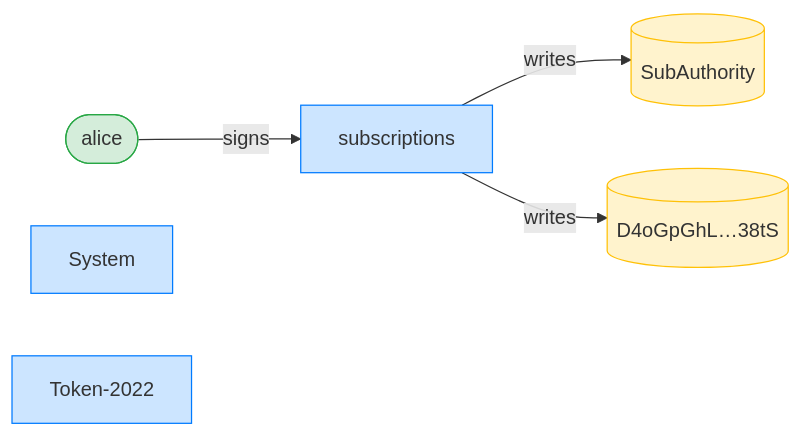
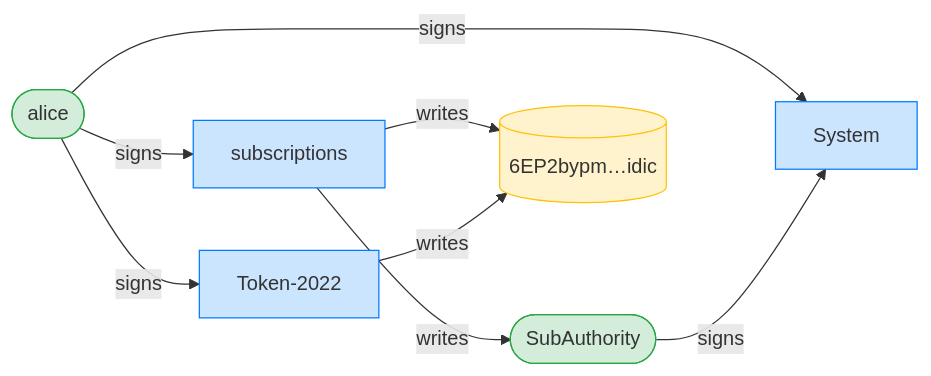
One commit to cds-rs/subscriptions changed the third of 12 diagrams in dsl_tests/fixed-transfer-over-a-token-2022-transfer-fee-mint.md. Above: the diagram before and after it, drawn with Mermaid. The commit also changed other lines of this file and 224 other files, not shown here.

````diff
--- a/dsl_tests/fixed-transfer-over-a-token-2022-transfer-fee-mint.md
+++ b/dsl_tests/fixed-transfer-over-a-token-2022-transfer-fee-mint.md
@@ -55,15 +56,19 @@
 ```mermaid
 flowchart LR
     classDef signer fill:#d4edda,stroke:#28a745;
     classDef program fill:#cce5ff,stroke:#007bff;
     classDef writable fill:#fff3cd,stroke:#ffc107;
     subscriptions[subscriptions]:::program
     alice([alice]):::signer
-    SubAuthority[(SubAuthority)]:::writable
-    D4oGpGhL_38tS[("D4oGpGhL…38tS")]:::writable
+    SubAuthority([SubAuthority]):::signer
+    6EP2bypm_idic[("6EP2bypm…idic")]:::writable
     System[System]:::program
     Token_2022["Token-2022"]:::program
     alice -->|signs| subscriptions
+    alice -->|signs| System
+    SubAuthority -->|signs| System
+    alice -->|signs| Token_2022
     subscriptions -->|writes| SubAuthority
-    subscriptions -->|writes| D4oGpGhL_38tS
+    subscriptions -->|writes| 6EP2bypm_idic
+    Token_2022 -->|writes| 6EP2bypm_idic
 ```
````
